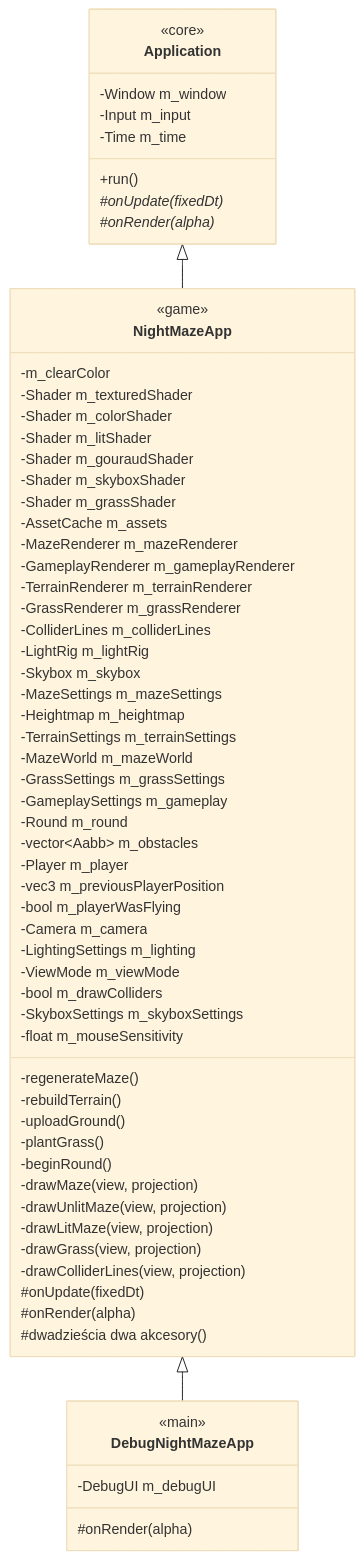
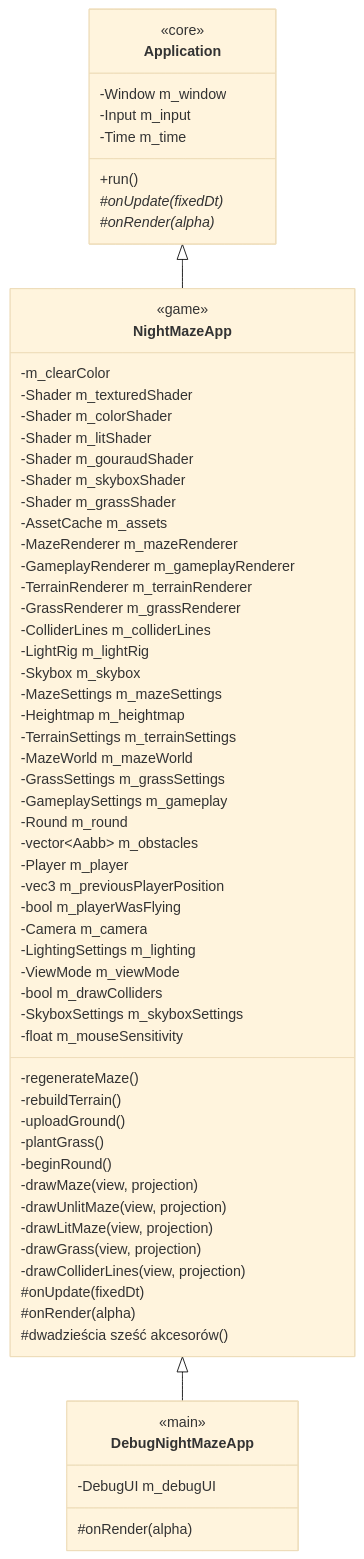
The third of 3 diagrams in docs/modules/core/README.md (Shironex/night-maze), drawn with Mermaid (base theme) before and after one commit. The commit also changed other lines of this file and 96 other files, not shown here.

````diff
--- a/docs/modules/core/README.md
+++ b/docs/modules/core/README.md
@@ -1058,67 +1149,67 @@
 ```mermaid
 classDiagram
     class Application {
         <<core>>
         -Window m_window
         -Input m_input
         -Time m_time
         +run()
         #onUpdate(fixedDt)*
         #onRender(alpha)*
     }
     class NightMazeApp {
         <<game>>
         -m_clearColor
         -Shader m_texturedShader
         -Shader m_colorShader
         -Shader m_litShader
         -Shader m_gouraudShader
         -Shader m_skyboxShader
         -Shader m_grassShader
         -AssetCache m_assets
         -MazeRenderer m_mazeRenderer
         -GameplayRenderer m_gameplayRenderer
         -TerrainRenderer m_terrainRenderer
         -GrassRenderer m_grassRenderer
         -ColliderLines m_colliderLines
         -LightRig m_lightRig
         -Skybox m_skybox
         -MazeSettings m_mazeSettings
         -Heightmap m_heightmap
         -TerrainSettings m_terrainSettings
         -MazeWorld m_mazeWorld
         -GrassSettings m_grassSettings
         -GameplaySettings m_gameplay
         -Round m_round
         -vector~Aabb~ m_obstacles
         -Player m_player
         -vec3 m_previousPlayerPosition
         -bool m_playerWasFlying
         -Camera m_camera
         -LightingSettings m_lighting
         -ViewMode m_viewMode
         -bool m_drawColliders
         -SkyboxSettings m_skyboxSettings
         -float m_mouseSensitivity
         -regenerateMaze()
         -rebuildTerrain()
         -uploadGround()
         -plantGrass()
         -beginRound()
         -drawMaze(view, projection)
         -drawUnlitMaze(view, projection)
         -drawLitMaze(view, projection)
         -drawGrass(view, projection)
         -drawColliderLines(view, projection)
         #onUpdate(fixedDt)
         #onRender(alpha)
-        #dwadzieścia dwa akcesory()
+        #dwadzieścia sześć akcesorów()
     }
     class DebugNightMazeApp {
         <<main>>
         -DebugUI m_debugUI
         #onRender(alpha)
     }
     Application <|-- NightMazeApp
     NightMazeApp <|-- DebugNightMazeApp
 ```
````
